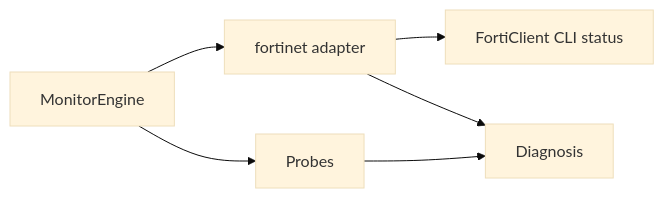
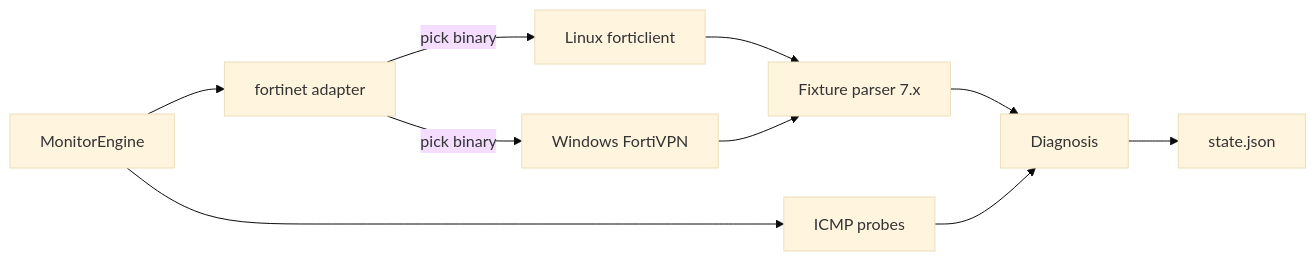
The fourth of 4 diagrams in docs/vpn-solutions/fortinet-forticlient.md (roto31/Tunnel-Monitor---Universal), drawn with Mermaid (base theme) before and after one commit. The commit also changed other lines of this file and 25 other files, not shown here.

First line of the commit message:
Docs: add vendor citations, topology SVGs, and updated Mermaid.

````diff
--- a/docs/vpn-solutions/fortinet-forticlient.md
+++ b/docs/vpn-solutions/fortinet-forticlient.md
@@ -60,8 +69,12 @@
 ```mermaid
 flowchart LR
     E[MonitorEngine] --> A[fortinet adapter]
-    A --> CLI[FortiClient CLI status]
-    E --> P[Probes]
-    A --> D[Diagnosis]
+    A -->|pick binary| L[Linux forticlient]
+    A -->|pick binary| W[Windows FortiVPN]
+    L --> PARSE[Fixture parser 7.x]
+    W --> PARSE
+    E --> P[ICMP probes]
+    PARSE --> D[Diagnosis]
     P --> D
+    D --> ST[state.json]
 ```
````
